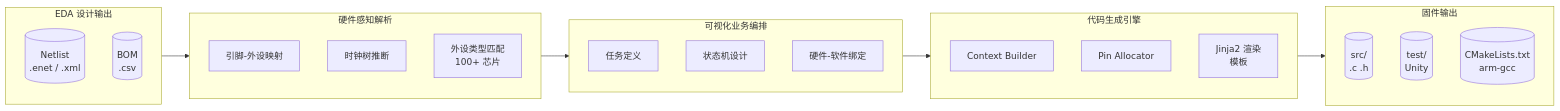
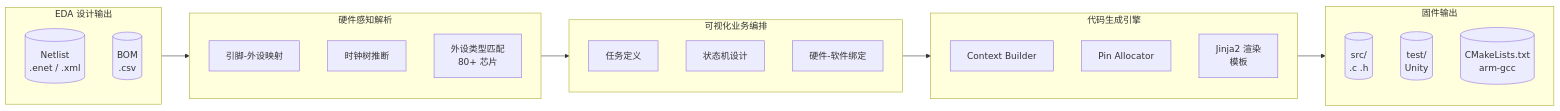
Before and after one commit to jinliangliu/Hardware2Code: the first of 3 diagrams in README.md, drawn with Mermaid. The commit also changed other lines of this file, not shown here.

````diff
--- a/README.md
+++ b/README.md
@@ -28,33 +29,33 @@
 ```mermaid
 flowchart LR
     subgraph Input["EDA 设计输出"]
         A1[("Netlist<br>.enet / .xml")]
         A2[("BOM<br>.csv")]
     end
 
     subgraph Parse["硬件感知解析"]
         B1["引脚-外设映射"]
         B2["时钟树推断"]
-        B3["外设类型匹配<br>100+ 芯片"]
+        B3["外设类型匹配<br>80+ 芯片"]
     end
 
     subgraph Config["可视化业务编排"]
         C1["任务定义"]
         C2["状态机设计"]
         C3["硬件-软件绑定"]
     end
 
     subgraph Engine["代码生成引擎"]
         D1["Context Builder"]
         D2["Pin Allocator"]
         D3["Jinja2 渲染<br>模板"]
     end
 
     subgraph Output["固件输出"]
         E1[("src/<br>.c .h")]
         E2[("test/<br>Unity")]
         E3[("CMakeLists.txt<br>arm-gcc")]
     end
 
     Input --> Parse --> Config --> Engine --> Output
 ```
````
